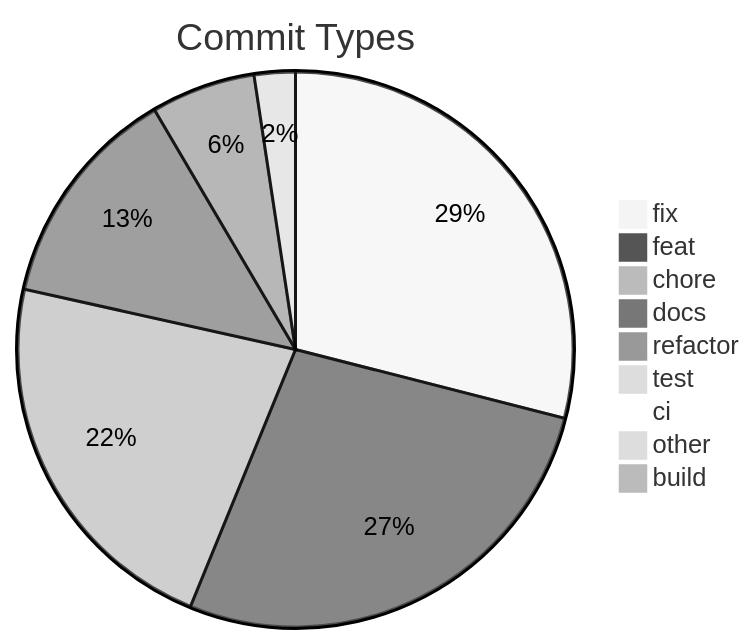
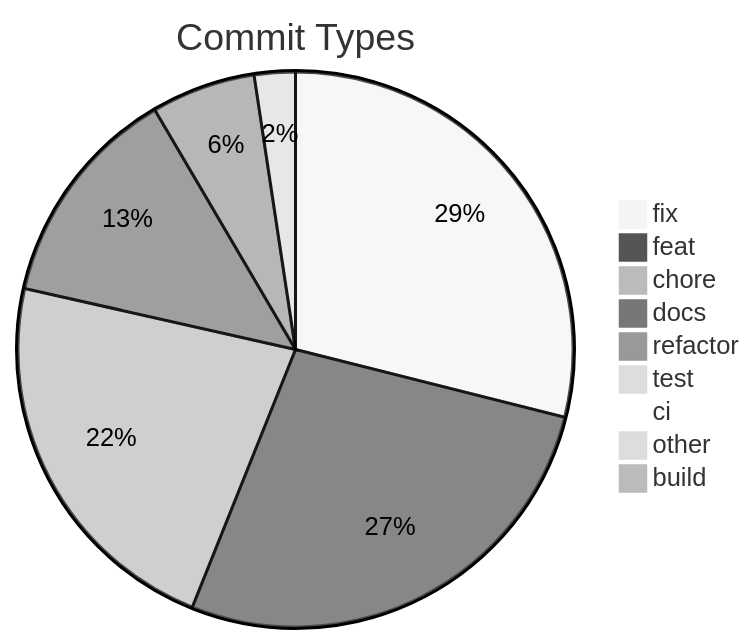
The diagram in .shipwright/compliance/change-history.md (svenroth-ai/shipwright), drawn with Mermaid (neutral theme) before and after one commit. The commit also changed other lines of this file and 15 other files, not shown here.

````diff
--- a/.shipwright/compliance/change-history.md
+++ b/.shipwright/compliance/change-history.md
@@ -8,12 +8,12 @@
 ```mermaid
 pie title Commit Types
     "fix" : 291
     "feat" : 273
-    "chore" : 224
+    "chore" : 226
     "docs" : 131
     "refactor" : 61
     "test" : 24
     "ci" : 7
     "other" : 7
     "build" : 1
 ```
````
